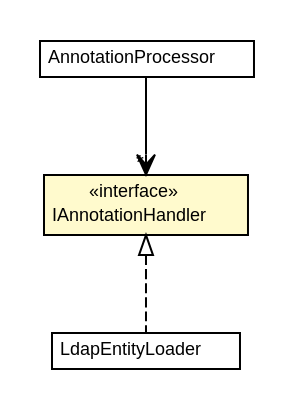
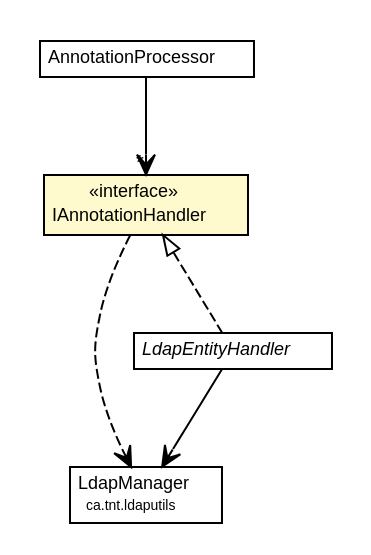
One commit to TrentonAdams/lpa changed the diagram in ca/tnt/ldaputils/annotations/processing/IAnnotationHandler.dot. Above: the diagram before and after it, drawn with Graphviz. The commit also changed 166 other files, not shown here.

```diff
--- a/ca/tnt/ldaputils/annotations/processing/IAnnotationHandler.dot
+++ b/ca/tnt/ldaputils/annotations/processing/IAnnotationHandler.dot
@@ -1,33 +1,44 @@
 #!/usr/local/bin/dot
 #
 # Class diagram 
 # Generated by UmlGraph version 4.6 (http://www.spinellis.gr/sw/umlgraph)
 #
 
 digraph G {
 	edge [fontname="Helvetica",fontsize=10,labelfontname="Helvetica",labelfontsize=10];
 	node [fontname="Helvetica",fontsize=10,shape=plaintext];
+	// ca.tnt.ldaputils.LdapManager
+	c921 [label=<<table border="0" cellborder="1" cellspacing="0" cellpadding="2" port="p" href="../../LdapManager.html">
+		<tr><td><table border="0" cellspacing="0" cellpadding="1">
+			<tr><td> LdapManager </td></tr>
+			<tr><td><font point-size="7.0"> ca.tnt.ldaputils </font></td></tr>
+		</table></td></tr>
+		</table>>, fontname="Helvetica", fontcolor="black", fontsize=9.0];
+	// ca.tnt.ldaputils.annotations.processing.AnnotationProcessor
+	c936 [label=<<table border="0" cellborder="1" cellspacing="0" cellpadding="2" port="p" href="./AnnotationProcessor.html">
+		<tr><td><table border="0" cellspacing="0" cellpadding="1">
+			<tr><td> AnnotationProcessor </td></tr>
+		</table></td></tr>
+		</table>>, fontname="Helvetica", fontcolor="black", fontsize=9.0];
+	// ca.tnt.ldaputils.annotations.processing.LdapEntityHandler
+	c938 [label=<<table border="0" cellborder="1" cellspacing="0" cellpadding="2" port="p" href="./LdapEntityHandler.html">
+		<tr><td><table border="0" cellspacing="0" cellpadding="1">
+			<tr><td><font face="Helvetica-Oblique"> LdapEntityHandler </font></td></tr>
+		</table></td></tr>
+		</table>>, fontname="Helvetica", fontcolor="black", fontsize=9.0];
 	// ca.tnt.ldaputils.annotations.processing.IAnnotationHandler
-	c714 [label=<<table border="0" cellborder="1" cellspacing="0" cellpadding="2" port="p" bgcolor="lemonChiffon" href="./IAnnotationHandler.html">
+	c940 [label=<<table border="0" cellborder="1" cellspacing="0" cellpadding="2" port="p" bgcolor="lemonChiffon" href="./IAnnotationHandler.html">
 		<tr><td><table border="0" cellspacing="0" cellpadding="1">
 			<tr><td> &laquo;interface&raquo; </td></tr>
 			<tr><td> IAnnotationHandler </td></tr>
 		</table></td></tr>
 		</table>>, fontname="Helvetica", fontcolor="black", fontsize=9.0];
-	// ca.tnt.ldaputils.annotations.processing.AnnotationProcessor
-	c715 [label=<<table border="0" cellborder="1" cellspacing="0" cellpadding="2" port="p" href="./AnnotationProcessor.html">
-		<tr><td><table border="0" cellspacing="0" cellpadding="1">
-			<tr><td> AnnotationProcessor </td></tr>
-		</table></td></tr>
-		</table>>, fontname="Helvetica", fontcolor="black", fontsize=9.0];
-	// ca.tnt.ldaputils.annotations.processing.LdapEntityLoader
-	c716 [label=<<table border="0" cellborder="1" cellspacing="0" cellpadding="2" port="p" href="./LdapEntityLoader.html">
-		<tr><td><table border="0" cellspacing="0" cellpadding="1">
-			<tr><td> LdapEntityLoader </td></tr>
-		</table></td></tr>
-		</table>>, fontname="Helvetica", fontcolor="black", fontsize=9.0];
-	//ca.tnt.ldaputils.annotations.processing.LdapEntityLoader implements ca.tnt.ldaputils.annotations.processing.IAnnotationHandler
-	c714:p -> c716:p [dir=back,arrowtail=empty,style=dashed];
+	//ca.tnt.ldaputils.annotations.processing.LdapEntityHandler implements ca.tnt.ldaputils.annotations.processing.IAnnotationHandler
+	c940:p -> c938:p [dir=back,arrowtail=empty,style=dashed];
 	// ca.tnt.ldaputils.annotations.processing.AnnotationProcessor NAVASSOC ca.tnt.ldaputils.annotations.processing.IAnnotationHandler
-	c715:p -> c714:p [taillabel="", label="", headlabel="*", fontname="Helvetica", fontcolor="black", fontsize=10.0, color="black", arrowhead=open];
+	c936:p -> c940:p [taillabel="", label="", headlabel="*", fontname="Helvetica", fontcolor="black", fontsize=10.0, color="black", arrowhead=open];
+	// ca.tnt.ldaputils.annotations.processing.LdapEntityHandler NAVASSOC ca.tnt.ldaputils.LdapManager
+	c938:p -> c921:p [taillabel="", label="", headlabel="", fontname="Helvetica", fontcolor="black", fontsize=10.0, color="black", arrowhead=open];
+	// ca.tnt.ldaputils.annotations.processing.IAnnotationHandler DEPEND ca.tnt.ldaputils.LdapManager
+	c940:p -> c921:p [taillabel="", label="", headlabel="", fontname="Helvetica", fontcolor="black", fontsize=10.0, color="black", arrowhead=open, style=dashed];
 }
```
